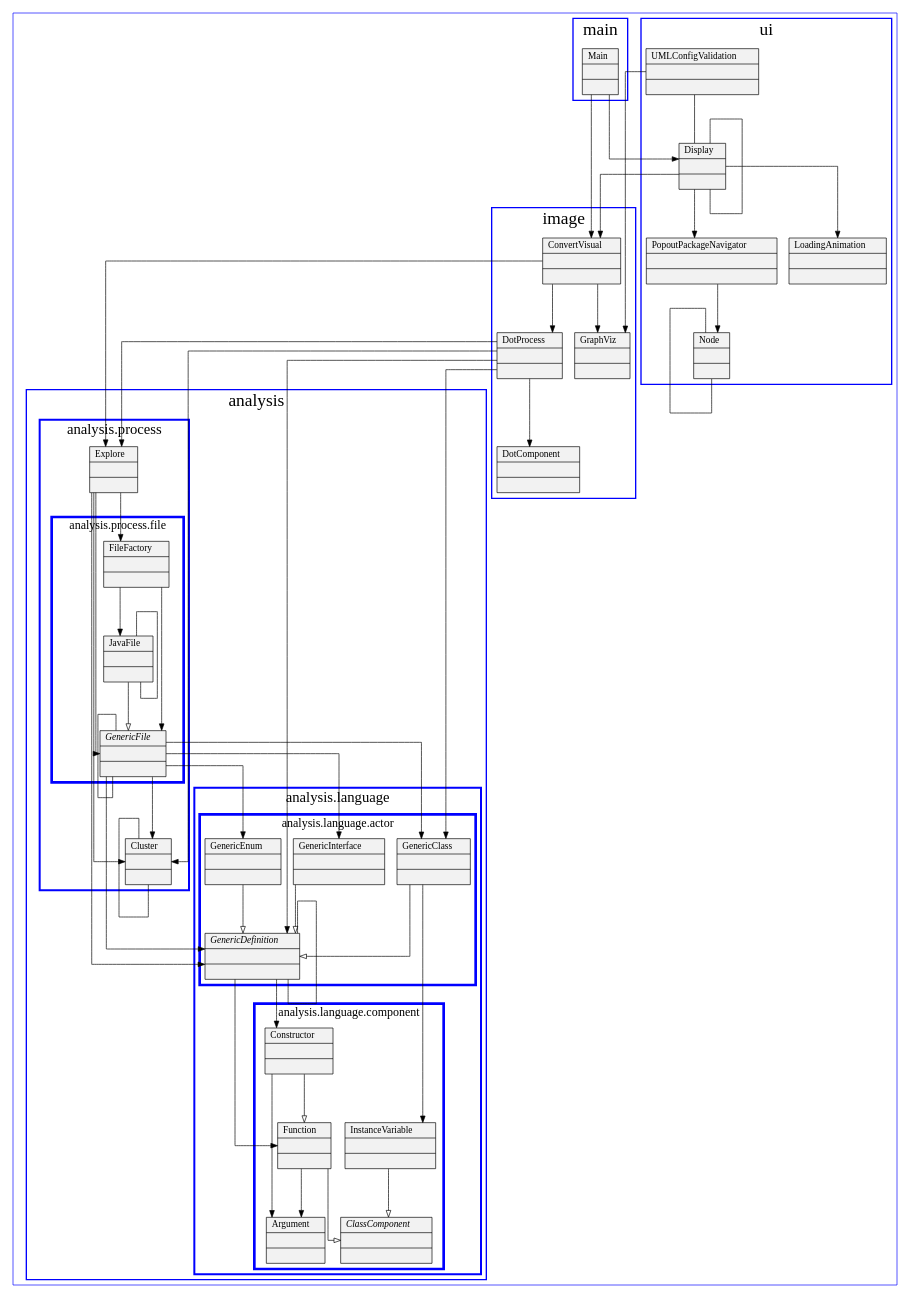
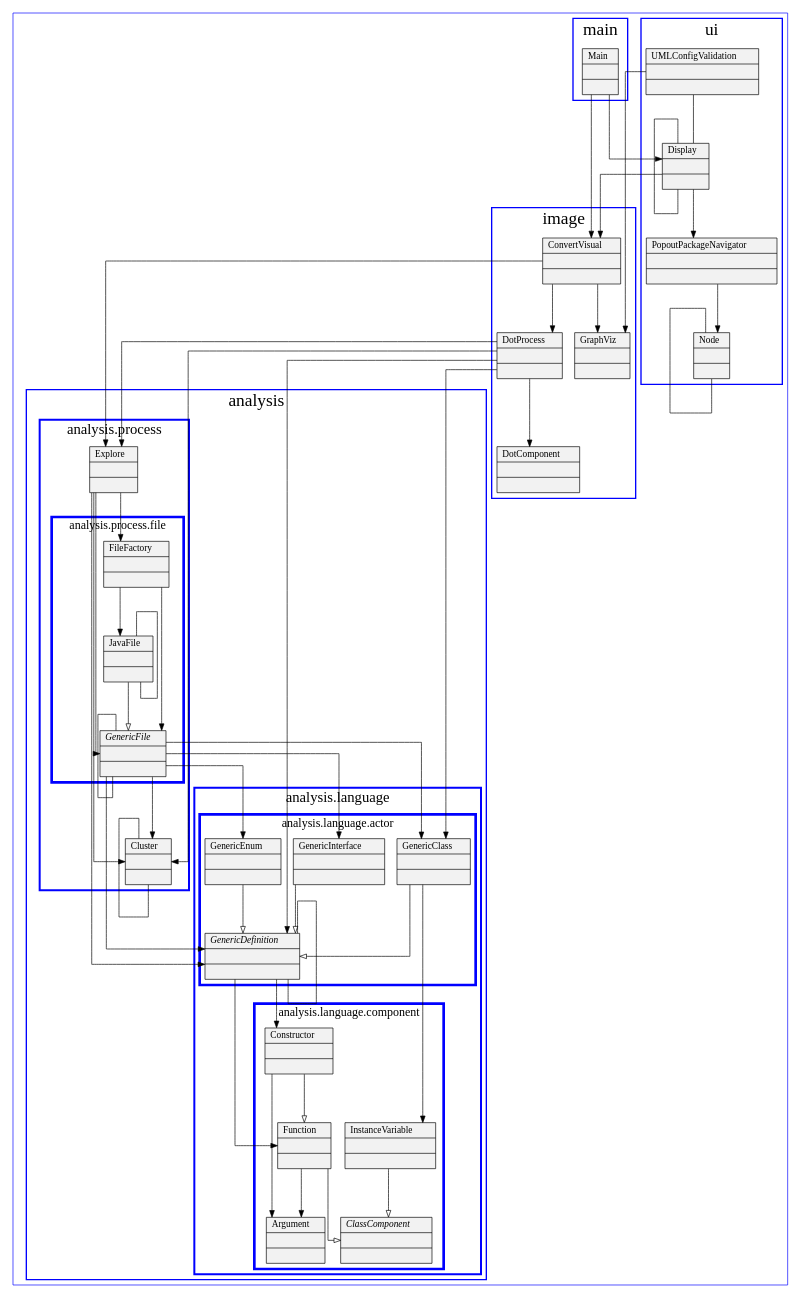
Before and after one commit to Reithger/Project-Diagram-Generator: the diagram in dotsource.dot, drawn with Graphviz. The commit also changed 21 other files, not shown here.

Commit message:
Some logic fixes in the backend and stopgate fixes for some UI elements, needs a proper go-over given changes to the SVI graphics library. Works, but awkwardly, it can be better than this.

```diff
--- a/dotsource.dot
+++ b/dotsource.dot
@@ -1,151 +1,148 @@
 digraph G {
 	node[shape=record,style=filled,fillcolor=gray95];
 	edge[concentrate=true];
 	graph[splines = ortho, ranksep = 1, ratio = fill, color=blue];
 	rankdir = TB;
 
 	n0 [label = <{Function||}>];
 	n1 [label = <{JavaFile||}>];
 	n2 [label = <{ConvertVisual||}>];
 	n3 [label = <{PopoutPackageNavigator||}>];
 	n4 [label = <{UMLConfigValidation||}>];
 	n5 [label = <{InstanceVariable||}>];
 	n6 [label = <{Cluster||}>];
 	n7 [label = <{DotProcess||}>];
 	n8 [label = <{GenericInterface||}>];
 	n9 [label = <{Argument||}>];
 	n10 [label = <{DotComponent||}>];
 	n11 [label = <{<i>GenericFile</i>||}>];
 	n12 [label = <{Display||}>];
 	n13 [label = <{Constructor||}>];
 	n14 [label = <{GraphViz||}>];
 	n15 [label = <{GenericEnum||}>];
 	n16 [label = <{GenericClass||}>];
 	n17 [label = <{<i>ClassComponent</i>||}>];
 	n18 [label = <{FileFactory||}>];
-	n19 [label = <{LoadingAnimation||}>];
-	n20 [label = <{Main||}>];
-	n21 [label = <{Node||}>];
-	n22 [label = <{<i>GenericDefinition</i>||}>];
-	n23 [label = <{Explore||}>];
+	n19 [label = <{Main||}>];
+	n20 [label = <{Node||}>];
+	n21 [label = <{<i>GenericDefinition</i>||}>];
+	n22 [label = <{Explore||}>];
 	subgraph cluster_{
 		label = "";
 		fontsize = 30;
 		penwidth = 1;
 		subgraph cluster_analysis{
 			label = "analysis";
 			fontsize = 26;
 			penwidth = 2;
 			subgraph cluster_analysis_language{
 				label = "analysis.language";
 				fontsize = 22;
 				penwidth = 3;
 				subgraph cluster_analysis_language_actor{
 					label = "analysis.language.actor";
 					fontsize = 18;
 					penwidth = 4;
 					n15;
 					n16;
 					n8;
-					n22;
+					n21;
 				}
 				subgraph cluster_analysis_language_component{
 					label = "analysis.language.component";
 					fontsize = 18;
 					penwidth = 4;
 					n0;
 					n13;
 					n17;
 					n5;
 					n9;
 				}
 			}
 			subgraph cluster_analysis_process{
 				label = "analysis.process";
 				fontsize = 22;
 				penwidth = 3;
 				n6;
-				n23;
+				n22;
 				subgraph cluster_analysis_process_file{
 					label = "analysis.process.file";
 					fontsize = 18;
 					penwidth = 4;
 					n11;
 					n1;
 					n18;
 				}
 			}
 		}
 		subgraph cluster_image{
 			label = "image";
 			fontsize = 26;
 			penwidth = 2;
 			n2;
 			n14;
 			n7;
 			n10;
 		}
 		subgraph cluster_main{
 			label = "main";
 			fontsize = 26;
 			penwidth = 2;
-			n20;
+			n19;
 		}
 		subgraph cluster_ui{
 			label = "ui";
 			fontsize = 26;
 			penwidth = 2;
 			n12;
 			n3;
 			n4;
-			n19;
-			n21;
+			n20;
 		}
 	}
 	n0 -> n17[arrowhead=onormal];
 	n0 -> n9[arrowhead=normal];
 	n1 -> n11[arrowhead=onormal];
 	n1 -> n1[arrowhead=none];
-	n2 -> n23[arrowhead=normal];
+	n2 -> n22[arrowhead=normal];
 	n2 -> n7[arrowhead=normal];
 	n2 -> n14[arrowhead=normal];
-	n3 -> n21[arrowhead=normal];
+	n3 -> n20[arrowhead=normal];
 	n4 -> n14[arrowhead=normal];
 	n4 -> n12[arrowhead=none];
 	n5 -> n17[arrowhead=onormal];
 	n6 -> n6[arrowhead=none];
 	n7 -> n16[arrowhead=normal];
+	n7 -> n21[arrowhead=normal];
+	n7 -> n6[arrowhead=normal];
 	n7 -> n22[arrowhead=normal];
-	n7 -> n6[arrowhead=normal];
-	n7 -> n23[arrowhead=normal];
 	n7 -> n10[arrowhead=normal];
-	n8 -> n22[arrowhead=onormal];
+	n8 -> n21[arrowhead=onormal];
 	n11 -> n16[arrowhead=normal];
-	n11 -> n22[arrowhead=normal];
+	n11 -> n21[arrowhead=normal];
 	n11 -> n15[arrowhead=normal];
 	n11 -> n8[arrowhead=normal];
 	n11 -> n6[arrowhead=normal];
 	n11 -> n11[arrowhead=none];
 	n12 -> n2[arrowhead=normal];
-	n12 -> n19[arrowhead=normal];
 	n12 -> n3[arrowhead=normal];
 	n12 -> n12[arrowhead=none];
 	n13 -> n0[arrowhead=onormal];
 	n13 -> n9[arrowhead=normal];
-	n15 -> n22[arrowhead=onormal];
-	n16 -> n22[arrowhead=onormal];
+	n15 -> n21[arrowhead=onormal];
+	n16 -> n21[arrowhead=onormal];
 	n16 -> n5[arrowhead=normal];
 	n18 -> n11[arrowhead=normal];
 	n18 -> n1[arrowhead=normal];
-	n20 -> n2[arrowhead=normal];
-	n20 -> n12[arrowhead=normal];
+	n19 -> n2[arrowhead=normal];
+	n19 -> n12[arrowhead=normal];
+	n20 -> n20[arrowhead=none];
+	n21 -> n13[arrowhead=normal];
+	n21 -> n0[arrowhead=normal];
 	n21 -> n21[arrowhead=none];
-	n22 -> n13[arrowhead=normal];
-	n22 -> n0[arrowhead=normal];
-	n22 -> n22[arrowhead=none];
-	n23 -> n22[arrowhead=normal];
-	n23 -> n18[arrowhead=normal];
-	n23 -> n11[arrowhead=normal];
-	n23 -> n6[arrowhead=normal];
+	n22 -> n21[arrowhead=normal];
+	n22 -> n18[arrowhead=normal];
+	n22 -> n11[arrowhead=normal];
+	n22 -> n6[arrowhead=normal];
 
 }
```
